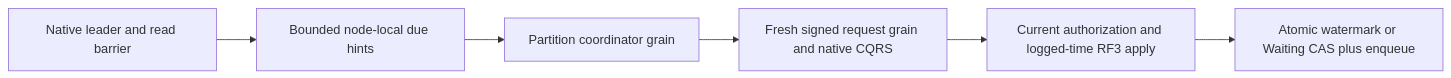
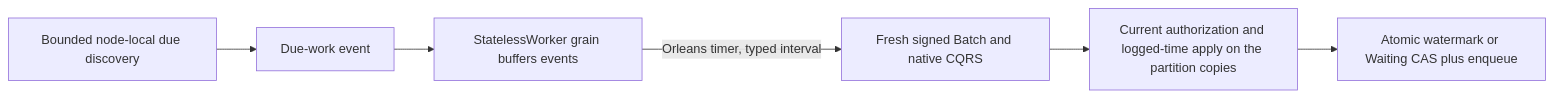
The diagram in docs/Features/Messaging/DueCoordination.md (managedcode/KeyLoad), drawn with Mermaid before and after one commit. The commit also changed other lines of this file and 271 other files, not shown here.

````diff
--- a/docs/Features/Messaging/DueCoordination.md
+++ b/docs/Features/Messaging/DueCoordination.md
@@ -261,8 +104,8 @@
 ```mermaid
 flowchart LR
-  Leader[Native leader and read barrier] --> Scan[Bounded node-local due hints]
-  Scan --> Coordinator[Partition coordinator grain]
-  Coordinator --> Request[Fresh signed request grain and native CQRS]
-  Request --> Apply[Current authorization and logged-time RF3 apply]
+  Scan[Bounded node-local due discovery] --> Hint[Due-work event]
+  Hint --> Worker[StatelessWorker grain buffers events]
+  Worker -->|Orleans timer, typed interval| Request[Fresh signed Batch and native CQRS]
+  Request --> Apply[Current authorization and logged-time apply on the partition copies]
   Apply --> Canonical[Atomic watermark or Waiting CAS plus enqueue]
 ```
````
